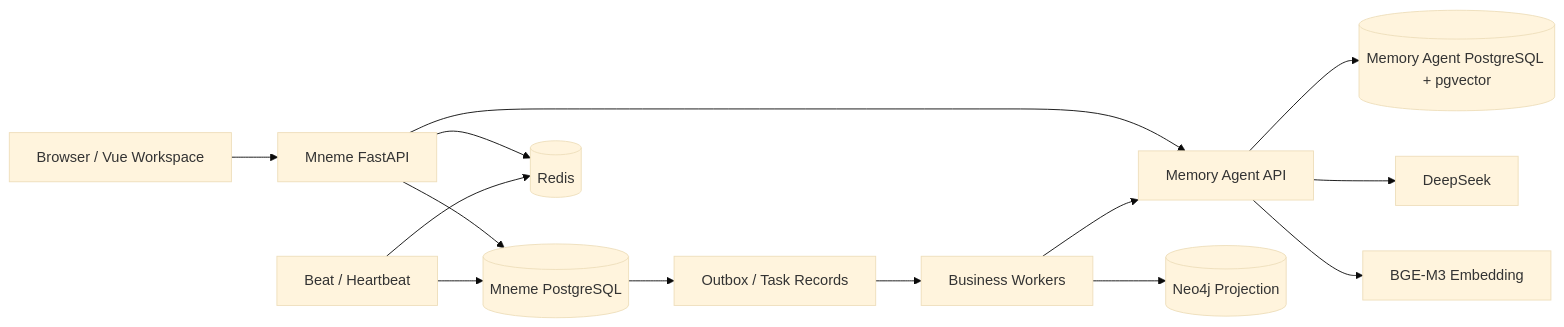
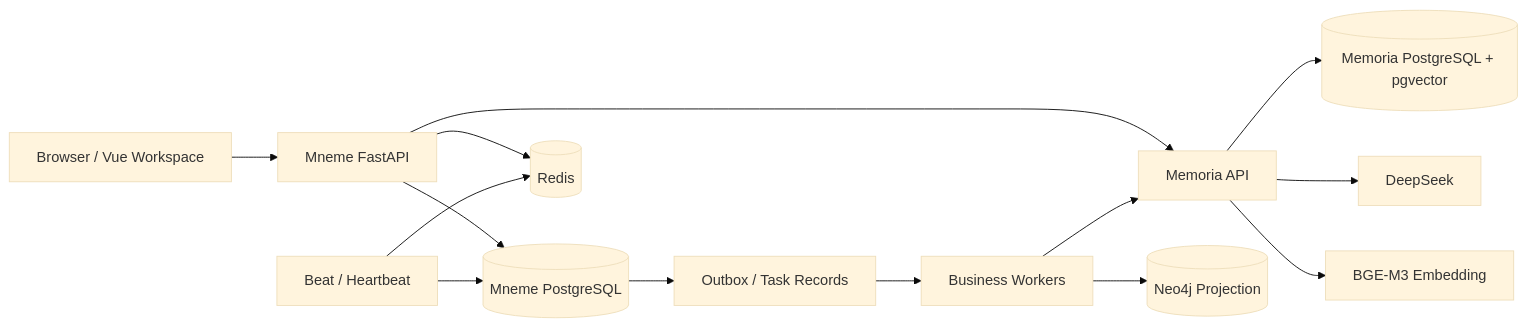
The diagram in README.md (pretextQ/Reminder), drawn with Mermaid (base theme) before and after one commit. The commit also changed other lines of this file, not shown here.

Commit message:
docs: rename agent README to Memoria

````diff
--- a/README.md
+++ b/README.md
@@ -59,16 +61,16 @@
 ```mermaid
 flowchart LR
     U["Browser / Vue Workspace"] --> A["Mneme FastAPI"]
     A --> P[("Mneme PostgreSQL")]
     A --> R[("Redis")]
-    A --> M["Memory Agent API"]
+    A --> M["Memoria API"]
     P --> O["Outbox / Task Records"]
     O --> W["Business Workers"]
     W --> M
     W --> N[("Neo4j Projection")]
-    M --> MP[("Memory Agent PostgreSQL + pgvector")]
+    M --> MP[("Memoria PostgreSQL + pgvector")]
     M --> D["DeepSeek"]
     M --> E["BGE-M3 Embedding"]
     B["Beat / Heartbeat"] --> R
     B --> P
 ```
````
